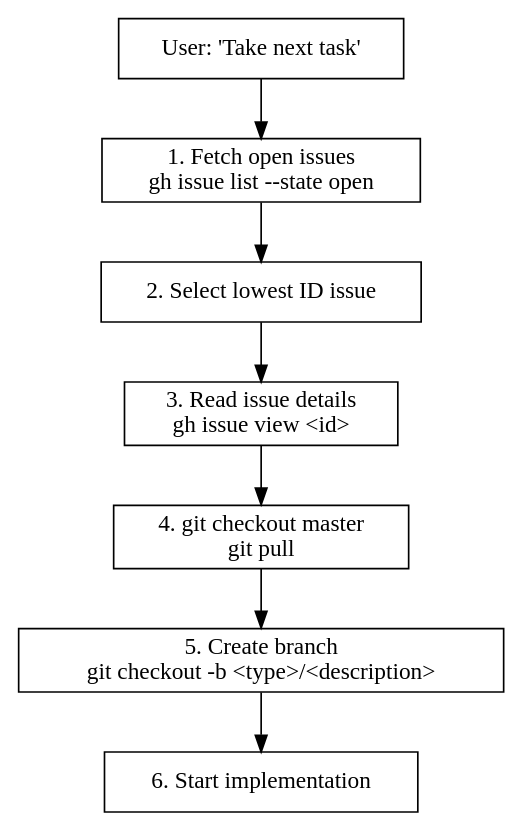
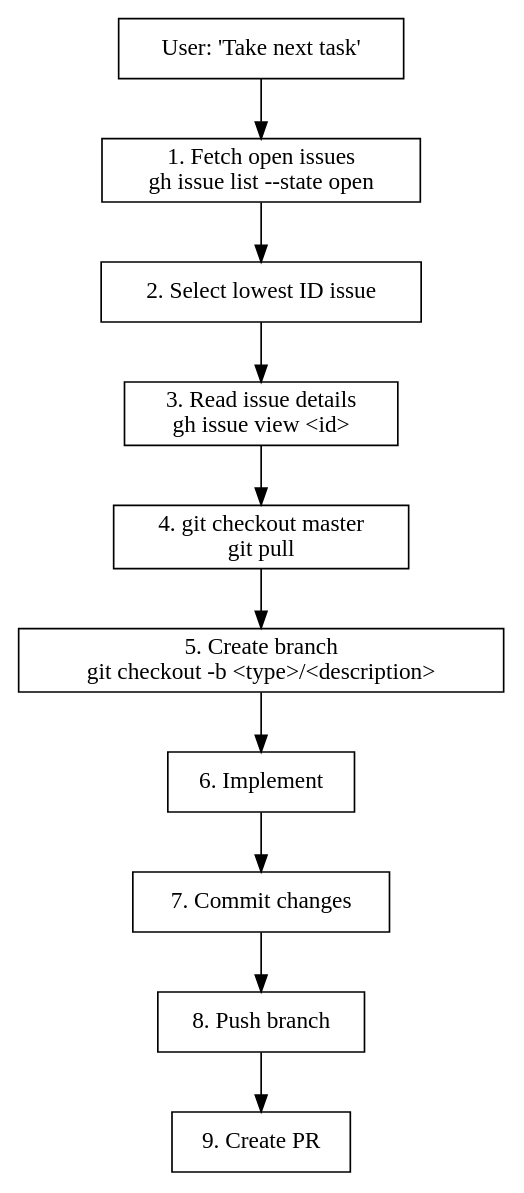
One commit to AlisaGit2020/Alisa changed the diagram in .claude/skills/taking-next-task/SKILL.md. Above: the diagram before and after it, drawn with Graphviz. The commit also changed other lines of this file and 2 other files, not shown here.

````diff
--- a/.claude/skills/taking-next-task/SKILL.md
+++ b/.claude/skills/taking-next-task/SKILL.md
@@ -20,16 +20,19 @@
 ```dot
 digraph workflow {
     rankdir=TB;
     node [shape=box];
 
     start [label="User: 'Take next task'"];
     fetch [label="1. Fetch open issues\ngh issue list --state open"];
     select [label="2. Select lowest ID issue"];
     read [label="3. Read issue details\ngh issue view <id>"];
     pull [label="4. git checkout master\ngit pull"];
     branch [label="5. Create branch\ngit checkout -b <type>/<description>"];
-    work [label="6. Start implementation"];
+    work [label="6. Implement"];
+    commit [label="7. Commit changes"];
+    push [label="8. Push branch"];
+    pr [label="9. Create PR"];
 
-    start -> fetch -> select -> read -> pull -> branch -> work;
+    start -> fetch -> select -> read -> pull -> branch -> work -> commit -> push -> pr;
 }
 ```
````
